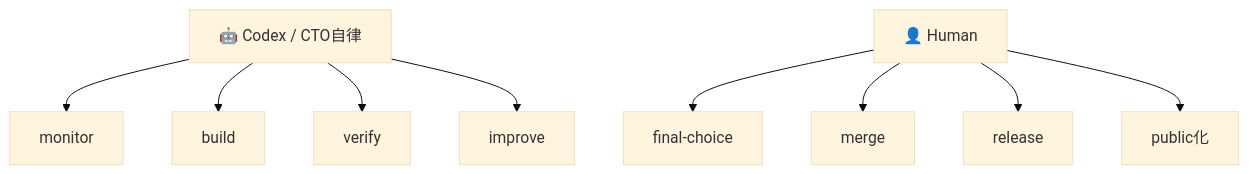
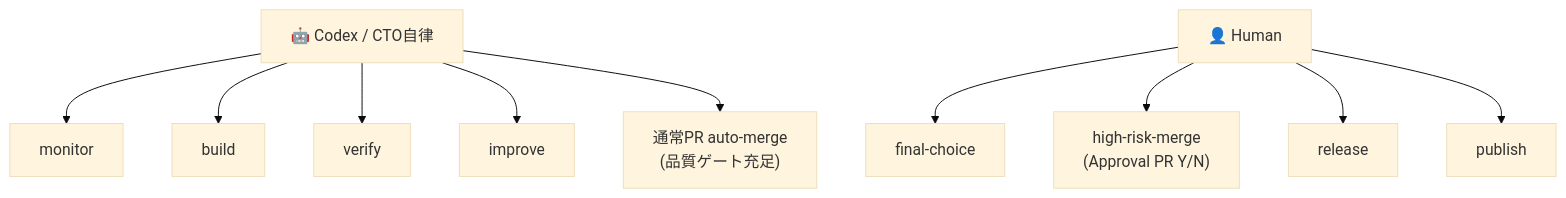
The eighth of 13 diagrams in README.md (Kensan196948G/Codex-StartUpTools-New-Linux), drawn with Mermaid (base theme) before and after one commit. The commit also changed other lines of this file and 13 other files, not shown here.

````diff
--- a/README.md
+++ b/README.md
@@ -228,11 +229,12 @@
 ```mermaid
 flowchart TD
     A["🤖 Codex / CTO自律"] --> B["monitor"]
     A --> C["build"]
     A --> D["verify"]
     A --> E["improve"]
+    A --> K["通常PR auto-merge<br/>(品質ゲート充足)"]
     F["👤 Human"] --> G["final-choice"]
-    F --> H["merge"]
+    F --> H["high-risk-merge<br/>(Approval PR Y/N)"]
     F --> I["release"]
-    F --> J["public化"]
+    F --> J["publish"]
 ```
````
